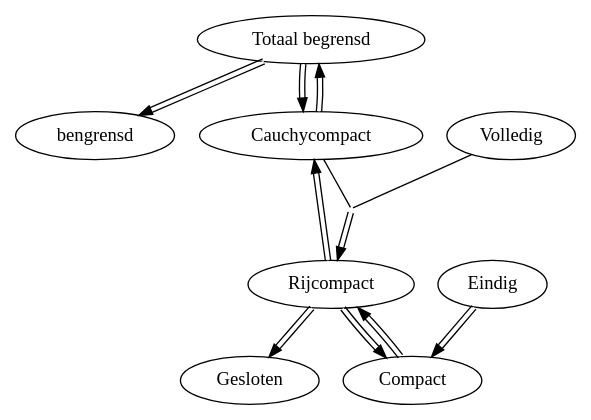
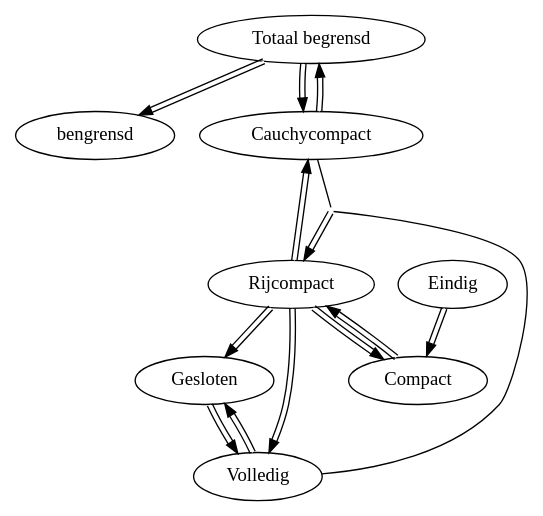
The diagram in assets/compact.dot (NorfairKing/analyse-notities), drawn with Graphviz before and after one commit.

Commit message:
nog meer van het diagram

```diff
--- a/assets/compact.dot
+++ b/assets/compact.dot
@@ -1,32 +1,35 @@
 digraph compact {
     
     compound=true;
 
     b  [label="bengrensd"];
     tb [label="Totaal begrensd"];
     rc [label="Rijcompact"];
     g  [label="Gesloten"];
     c  [label="Compact"];
     cc [label="Cauchycompact"];
     v  [label="Volledig"];
     e  [label="Eindig"];
 
     node[style="invis",shape="point"];
     edge[arrowhead="none"];
     v_en_cc;
     v -> v_en_cc;
     cc -> v_en_cc;
 
     edge[color="black:white:black",arrowhead="normal"];
 
 
     tb -> b;
     cc -> tb;
     tb -> cc;
     rc -> cc;
     v_en_cc -> rc;
     rc -> g;
     rc -> c;
     c -> rc;
     e -> c;
+    rc -> v;
+    g -> v;
+    v -> g;
 }
```
